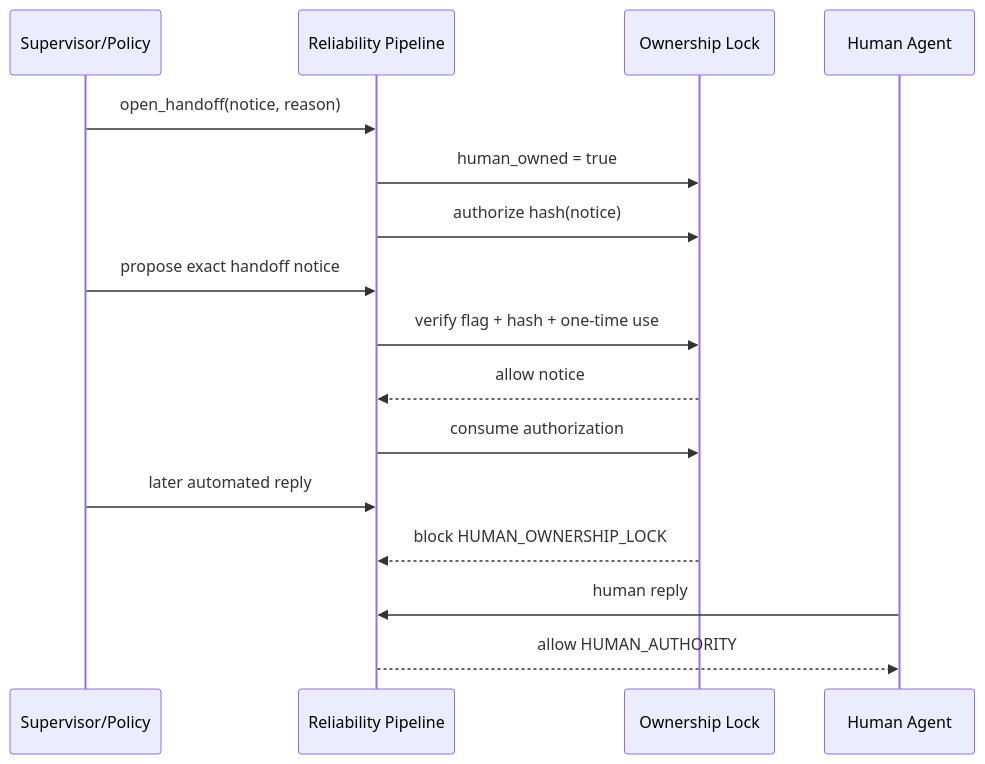
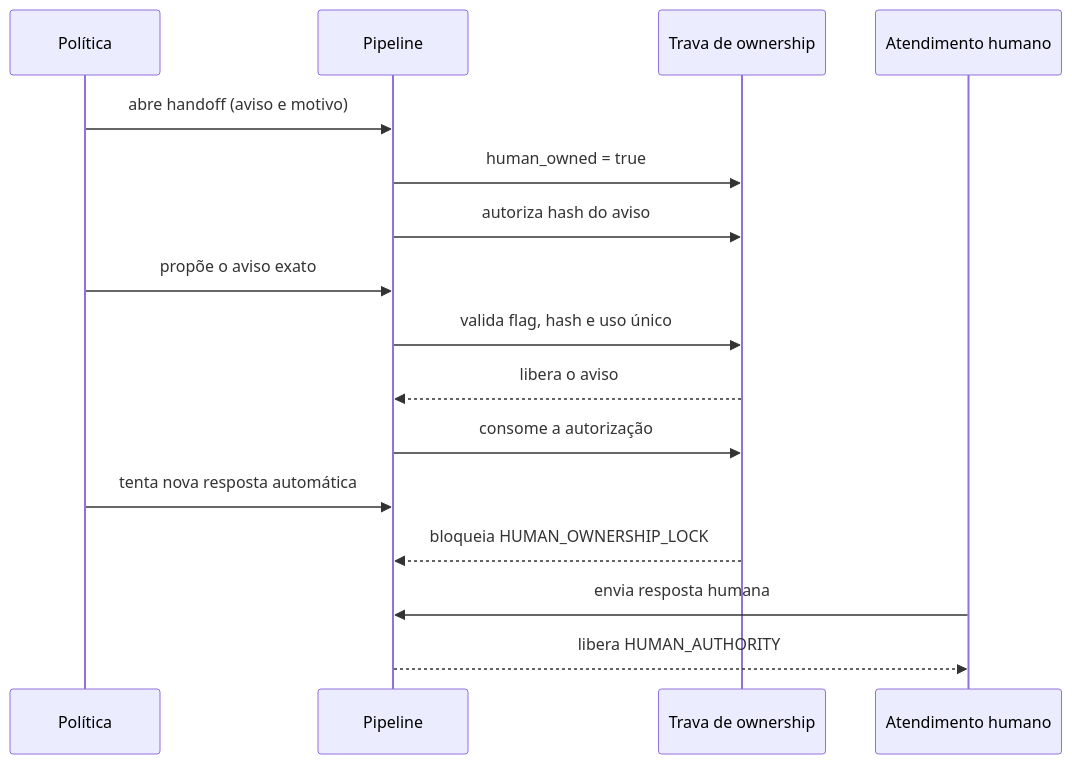
One commit to vinicastello/ai-ops-reliability-lab changed the diagram in docs/architecture.md. Above: the diagram before and after it, drawn with Mermaid. The commit also changed other lines of this file and 3 other files, not shown here.

````diff
--- a/docs/architecture.md
+++ b/docs/architecture.md
@@ -48,19 +44,19 @@
 ```mermaid
 sequenceDiagram
-    participant S as Supervisor/Policy
-    participant P as Reliability Pipeline
-    participant L as Ownership Lock
-    participant H as Human Agent
+    participant S as Política
+    participant P as Pipeline
+    participant T as Trava de ownership
+    participant H as Atendimento humano
 
-    S->>P: open_handoff(notice, reason)
-    P->>L: human_owned = true
-    P->>L: authorize hash(notice)
-    S->>P: propose exact handoff notice
-    P->>L: verify flag + hash + one-time use
-    L-->>P: allow notice
-    P->>L: consume authorization
-    S->>P: later automated reply
-    L-->>P: block HUMAN_OWNERSHIP_LOCK
-    H->>P: human reply
-    P-->>H: allow HUMAN_AUTHORITY
+    S->>P: abre handoff (aviso e motivo)
+    P->>T: human_owned = true
+    P->>T: autoriza hash do aviso
+    S->>P: propõe o aviso exato
+    P->>T: valida flag, hash e uso único
+    T-->>P: libera o aviso
+    P->>T: consome a autorização
+    S->>P: tenta nova resposta automática
+    T-->>P: bloqueia HUMAN_OWNERSHIP_LOCK
+    H->>P: envia resposta humana
+    P-->>H: libera HUMAN_AUTHORITY
 ```
````
